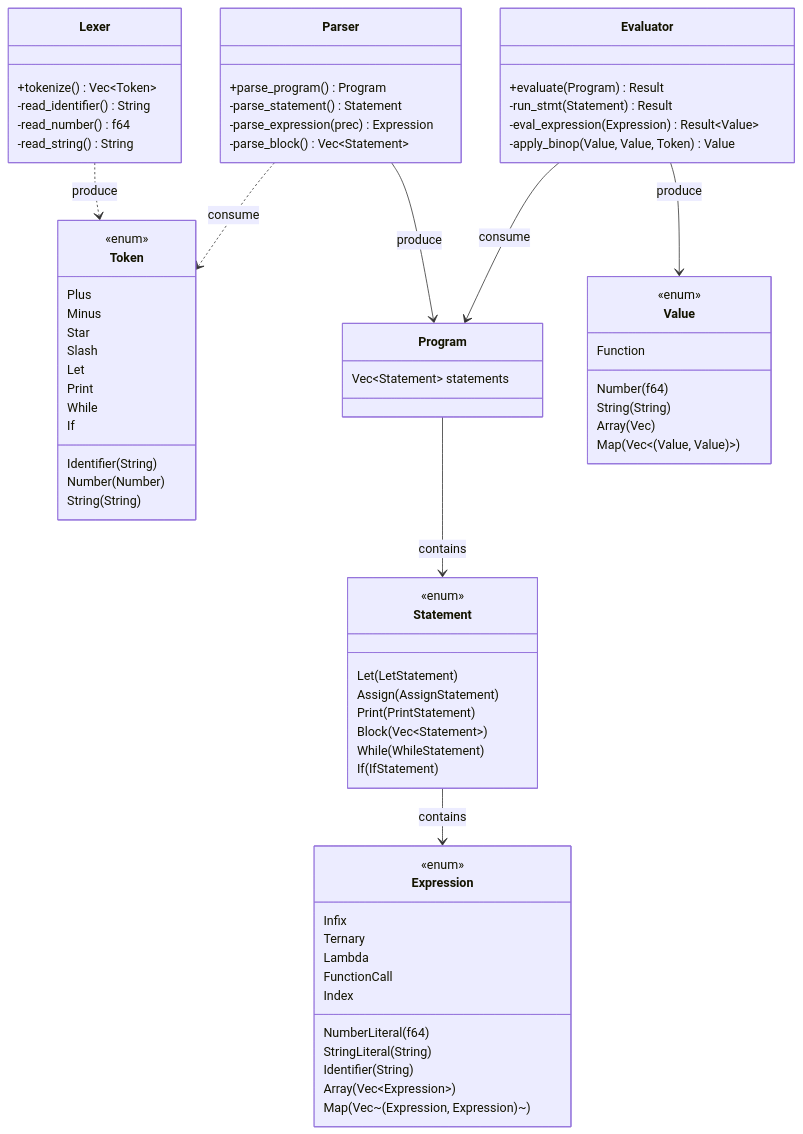
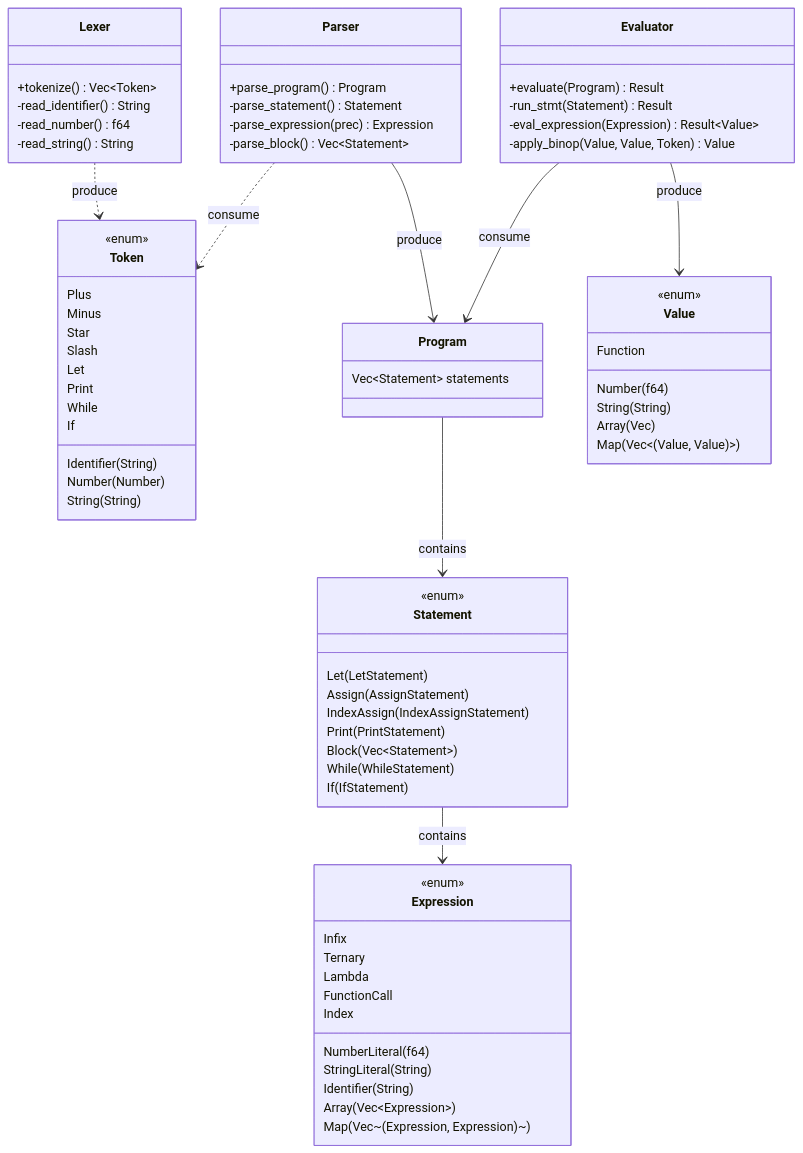
One commit to aratan/hacklang changed the second of 2 diagrams in README.md. Above: the diagram before and after it, drawn with Mermaid. The commit also changed other lines of this file, not shown here.

````diff
--- a/README.md
+++ b/README.md
@@ -19,76 +19,77 @@
 ```mermaid
 classDiagram
     class Lexer {
         +tokenize() Vec~Token~
         -read_identifier() String
         -read_number() f64
         -read_string() String
     }
     class Token {
         <<enum>>
         Plus
         Minus
         Star
         Slash
         Let
         Print
         While
         If
         Identifier(String)
         Number(Number)
         String(String)
     }
     class Parser {
         +parse_program() Program
         -parse_statement() Statement
         -parse_expression(prec) Expression
         -parse_block() Vec~Statement~
     }
     class Program {
         Vec~Statement~ statements
     }
     class Statement {
         <<enum>>
         Let(LetStatement)
         Assign(AssignStatement)
+        IndexAssign(IndexAssignStatement)
         Print(PrintStatement)
         Block(Vec~Statement~)
         While(WhileStatement)
         If(IfStatement)
     }
     class Expression {
         <<enum>>
         NumberLiteral(f64)
         StringLiteral(String)
         Identifier(String)
         Infix
         Ternary
         Lambda
         FunctionCall
         Array(Vec~Expression~)
         Map(Vec~(Expression, Expression)~)
         Index
     }
     class Evaluator {
         +evaluate(Program) Result
         -run_stmt(Statement) Result
         -eval_expression(Expression) Result~Value~
         -apply_binop(Value, Value, Token) Value
     }
     class Value {
         <<enum>>
         Number(f64)
         String(String)
         Array(Vec<Value>)
         Map(Vec<(Value, Value)>)
         Function
     }
 
     Lexer ..> Token : produce
     Parser ..> Token : consume
     Parser --> Program : produce
     Program --> Statement : contains
     Statement --> Expression : contains
     Evaluator --> Program : consume
     Evaluator --> Value : produce
 ```
````
